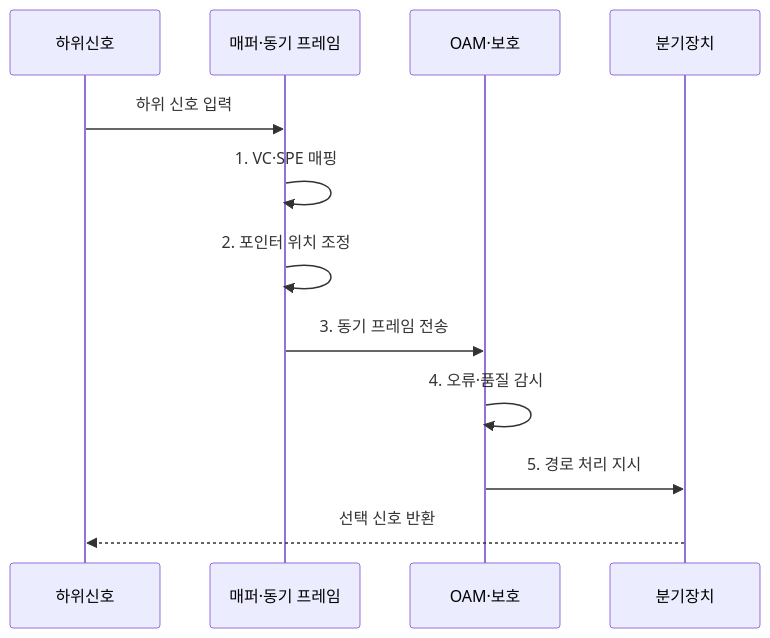
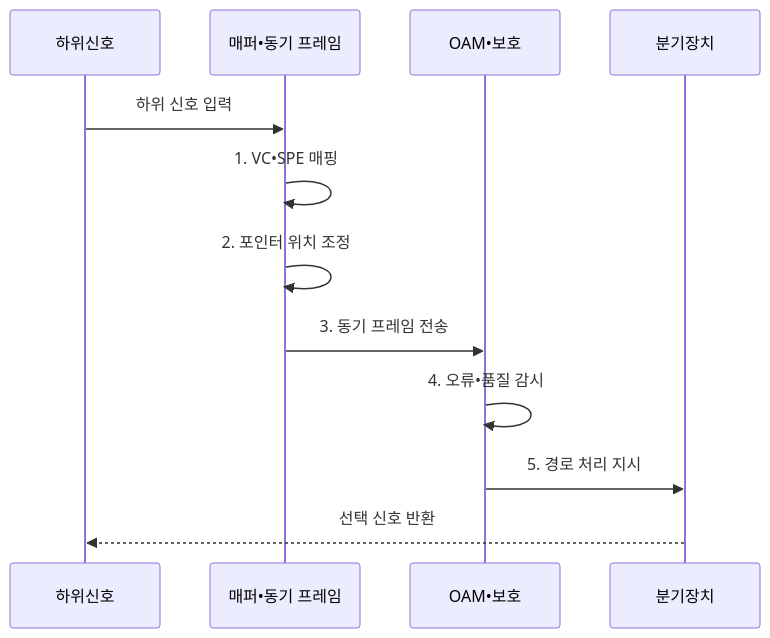
The second of 2 diagrams in src/content/docs/notes/04-network/069_pdh_sdh_sonet.md (agnusdei1207/knowledge-base), drawn with Mermaid before and after one commit. The commit also changed other lines of this file and 953 other files, not shown here.

````diff
--- a/src/content/docs/notes/04-network/069_pdh_sdh_sonet.md
+++ b/src/content/docs/notes/04-network/069_pdh_sdh_sonet.md
@@ -106,14 +106,14 @@
 ```mermaid
 sequenceDiagram
     participant 하위신호
-    participant 매퍼 as 매퍼·동기 프레임
-    participant OAM·보호
+    participant 매퍼 as 매퍼•동기 프레임
+    participant OAM•보호
     participant 분기장치
     하위신호->>매퍼: 하위 신호 입력
-    매퍼->>매퍼: 1. VC·SPE 매핑
+    매퍼->>매퍼: 1. VC•SPE 매핑
     매퍼->>매퍼: 2. 포인터 위치 조정
-    매퍼->>OAM·보호: 3. 동기 프레임 전송
-    OAM·보호->>OAM·보호: 4. 오류·품질 감시
-    OAM·보호->>분기장치: 5. 경로 처리 지시
+    매퍼->>OAM•보호: 3. 동기 프레임 전송
+    OAM•보호->>OAM•보호: 4. 오류•품질 감시
+    OAM•보호->>분기장치: 5. 경로 처리 지시
     분기장치-->>하위신호: 선택 신호 반환
 ```
````
